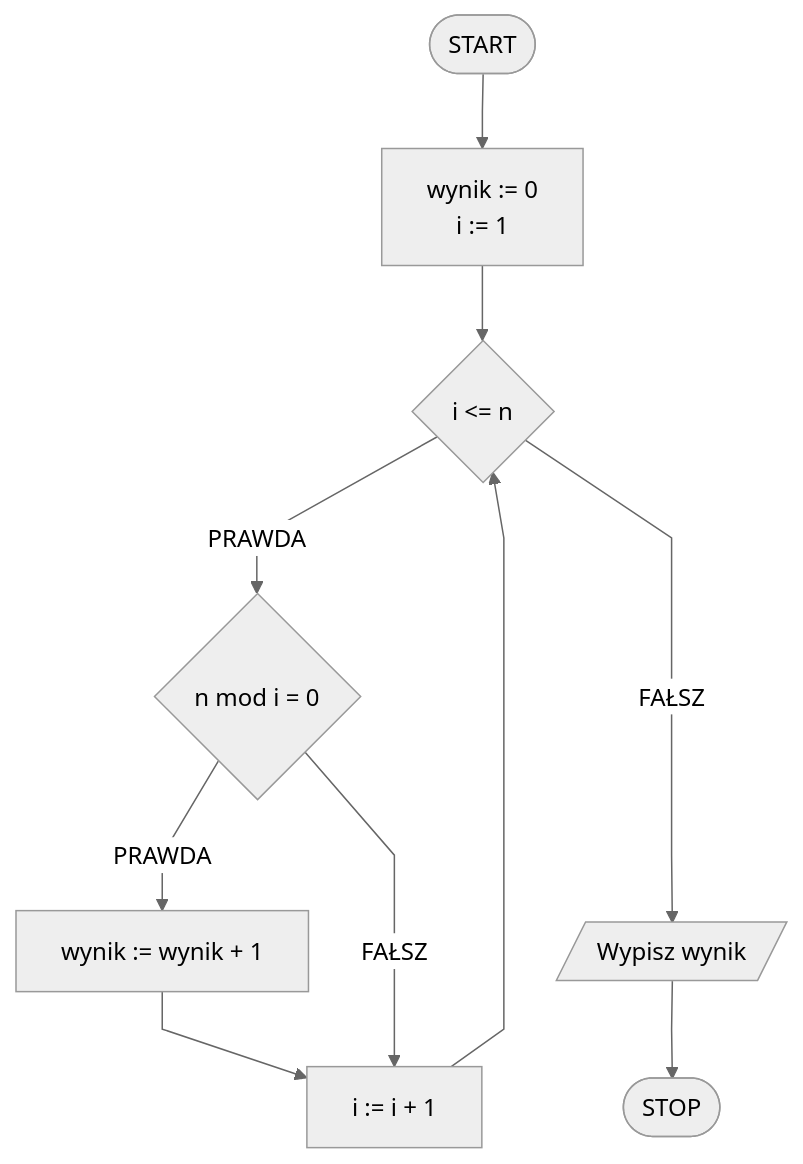
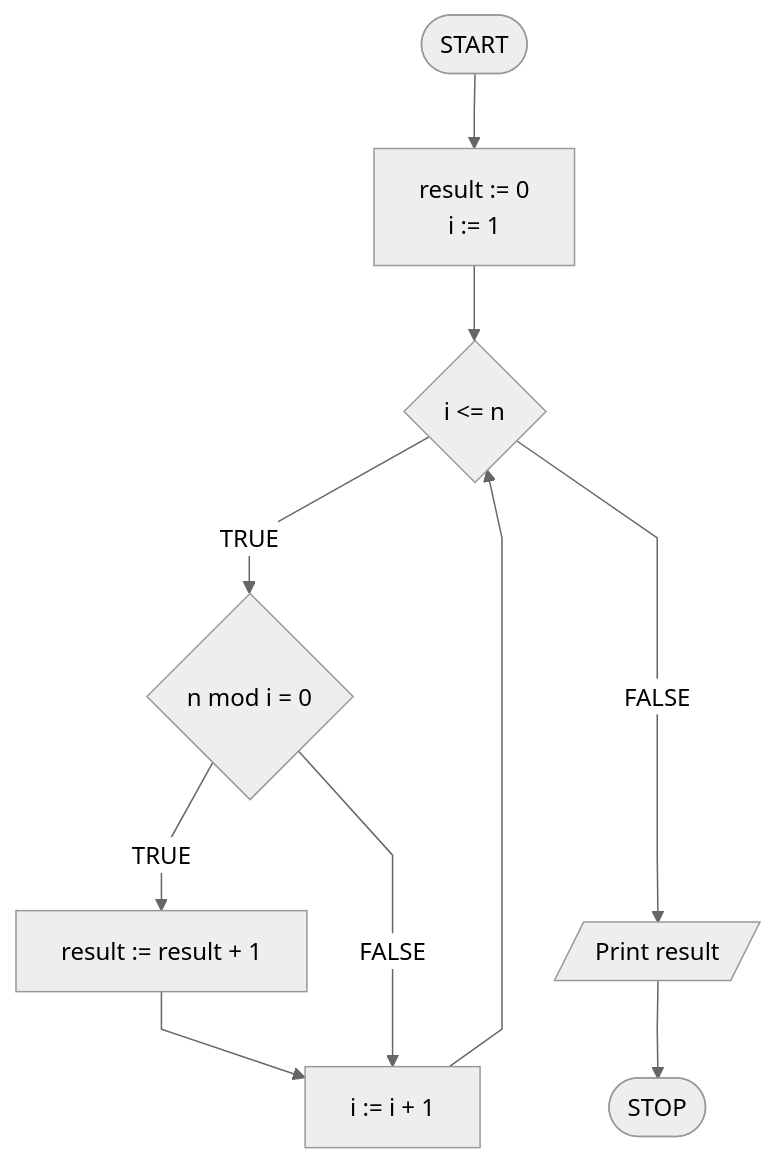
One commit to blackbat13/edu-cs-htiew-en changed the seventh of 7 diagrams in docs/algorithms/introduction/algorithm-representation.md. Above: the diagram before and after it, drawn with Mermaid. The commit also changed other lines of this file and 3 other files, not shown here.

````diff
--- a/docs/algorithms/introduction/algorithm-representation.md
+++ b/docs/algorithms/introduction/algorithm-representation.md
@@ -122,14 +122,14 @@
 ```mermaid
 %%{init: {"flowchart": {"curve": "linear"}, "theme": "neutral"} }%%
 flowchart TD
-	START(["START"]) --> K0["wynik := 0
+	START(["START"]) --> K0["result := 0
     i := 1"]
 	K0 --> K1{i <= n}
-	K1 -- PRAWDA --> K2{n mod i = 0}
-	K2 -- PRAWDA --> K3[wynik := wynik + 1]
+	K1 -- TRUE --> K2{n mod i = 0}
+	K2 -- TRUE --> K3[result := result + 1]
 	K3 --> K1i[i := i + 1]
-	K2 -- FAŁSZ --> K1i
+	K2 -- FALSE --> K1i
 	K1i --> K1
-	K1 -- FAŁSZ ---> K5[/Wypisz wynik/]
+	K1 -- FALSE ---> K5[/Print result/]
     K5 --> STOP([STOP])
 ```
````
